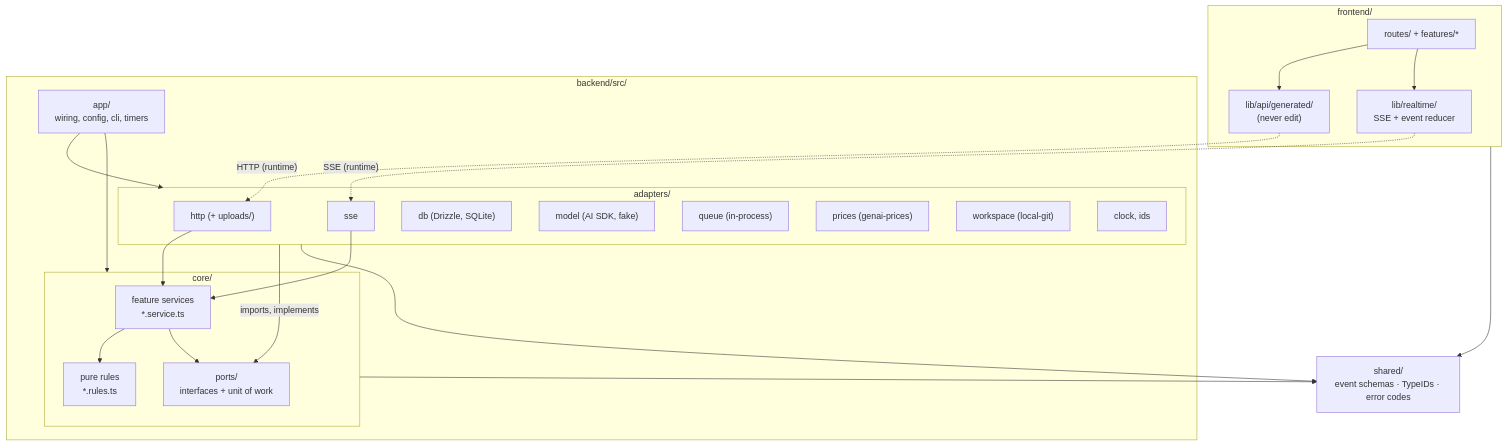
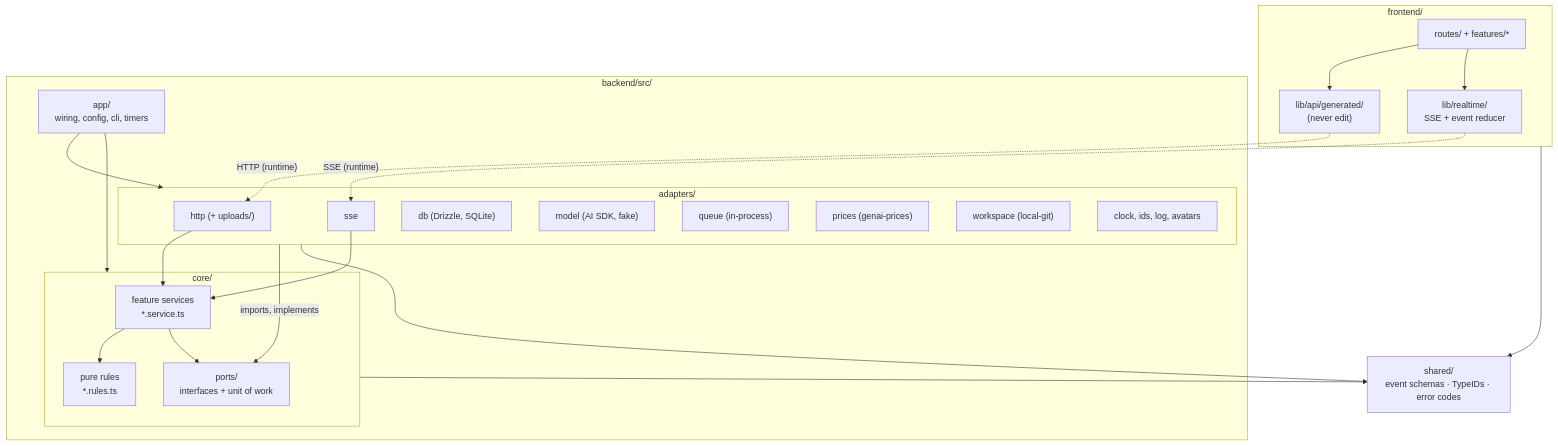
One commit to binhle312/cty1ng changed the third of 4 diagrams in docs/architecture.md. Above: the diagram before and after it, drawn with Mermaid. The commit also changed other lines of this file and 51 other files, not shown here.

````diff
--- a/docs/architecture.md
+++ b/docs/architecture.md
@@ -215,41 +222,41 @@
 ```mermaid
 flowchart TB
   subgraph FE["frontend/"]
     feat["routes/ + features/*"]
     gen["lib/api/generated/<br/>(never edit)"]
     rt["lib/realtime/<br/>SSE + event reducer"]
     feat --> gen
     feat --> rt
   end
   subgraph BE["backend/src/"]
     appr["app/<br/>wiring, config, cli, timers"]
     subgraph AD["adapters/"]
       ah["http (+ uploads/)"]
       as["sse"]
       adb["db (Drizzle, SQLite)"]
       am["model (AI SDK, fake)"]
       aq["queue (in-process)"]
       ap["prices (genai-prices)"]
       aw["workspace (local-git)"]
-      ac["clock, ids"]
+      ac["clock, ids, log, avatars"]
     end
     subgraph CORE["core/"]
       svc["feature services<br/>*.service.ts"]
       rules["pure rules<br/>*.rules.ts"]
       ports["ports/<br/>interfaces + unit of work"]
     end
   end
   shared["shared/<br/>event schemas · TypeIDs · error codes"]
   appr --> AD
   appr --> CORE
   ah --> svc
   as --> svc
   AD -- "imports, implements" --> ports
   svc --> rules
   svc --> ports
   CORE --> shared
   AD --> shared
   FE --> shared
   gen -. "HTTP (runtime)" .-> ah
   rt -. "SSE (runtime)" .-> as
 ```
````
